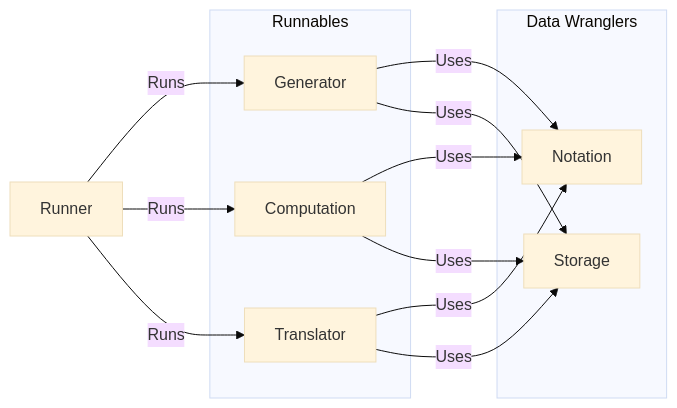
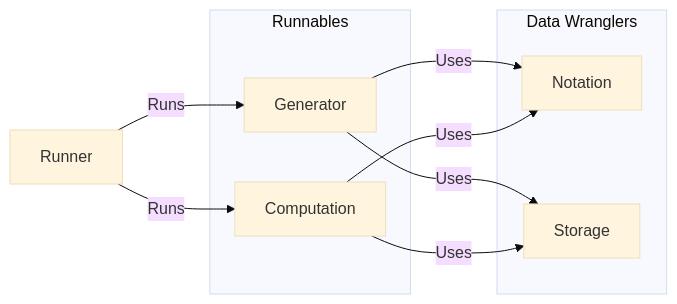
Before and after one commit to Uiowa-Applied-Topology/tanglenomicon_core_libraries: the second of 2 diagrams in README.md, drawn with Mermaid (base theme). The commit also changed other lines of this file and 5 other files, not shown here.

````diff
--- a/README.md
+++ b/README.md
@@ -146,23 +146,20 @@
 ```mermaid
 flowchart LR
     Runner
     subgraph "Runnables"
         Generator
-        Translator
         Computation
     end
     subgraph "Data Wranglers"
         Notation
         Storage
     end
     Runner -->|Runs| Generator
     Runner -->|Runs| Computation
-    Runner -->|Runs| Translator
-    Translator -->|Uses| Notation
     Generator -->|Uses| Notation
     Computation -->|Uses| Notation
     Generator -->|Uses| Storage
     Computation -->|Uses| Storage
-    Translator -->|Uses| Storage
+
 
 ```
````
